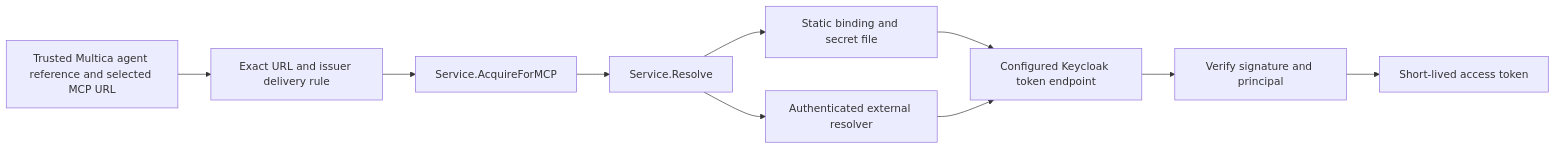
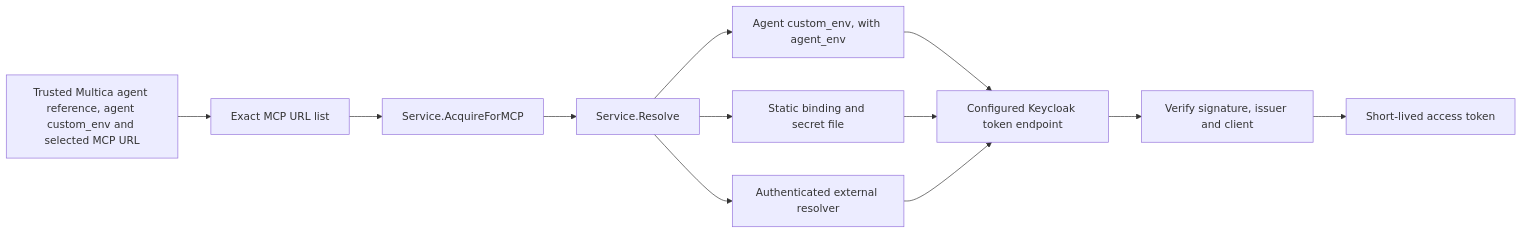
Before and after one commit to gently-whitesnow/multica-sandbox: the diagram in internal/identity/README.md, drawn with Mermaid. The commit also changed other lines of this file and 38 other files, not shown here.

````diff
--- a/internal/identity/README.md
+++ b/internal/identity/README.md
@@ -8,12 +8,14 @@
 ```mermaid
 flowchart LR
-    T[Trusted Multica agent reference and selected MCP URL] --> P[Exact URL and issuer delivery rule]
+    T[Trusted Multica agent reference, agent custom_env and selected MCP URL] --> P[Exact MCP URL list]
     P --> S[Service.AcquireForMCP]
     S --> R[Service.Resolve]
+    R --> E[Agent custom_env, with agent_env]
     R --> F[Static binding and secret file]
     R --> H[Authenticated external resolver]
-    F --> I[Configured Keycloak token endpoint]
+    E --> I[Configured Keycloak token endpoint]
+    F --> I
     H --> I
-    I --> V[Verify signature and principal]
+    I --> V[Verify signature, issuer and client]
     V --> A[Short-lived access token]
 ```
````
